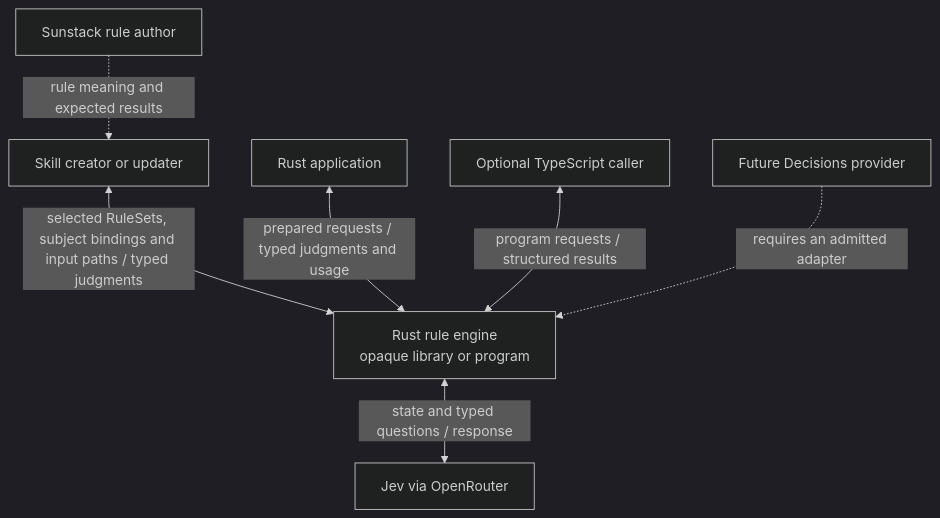
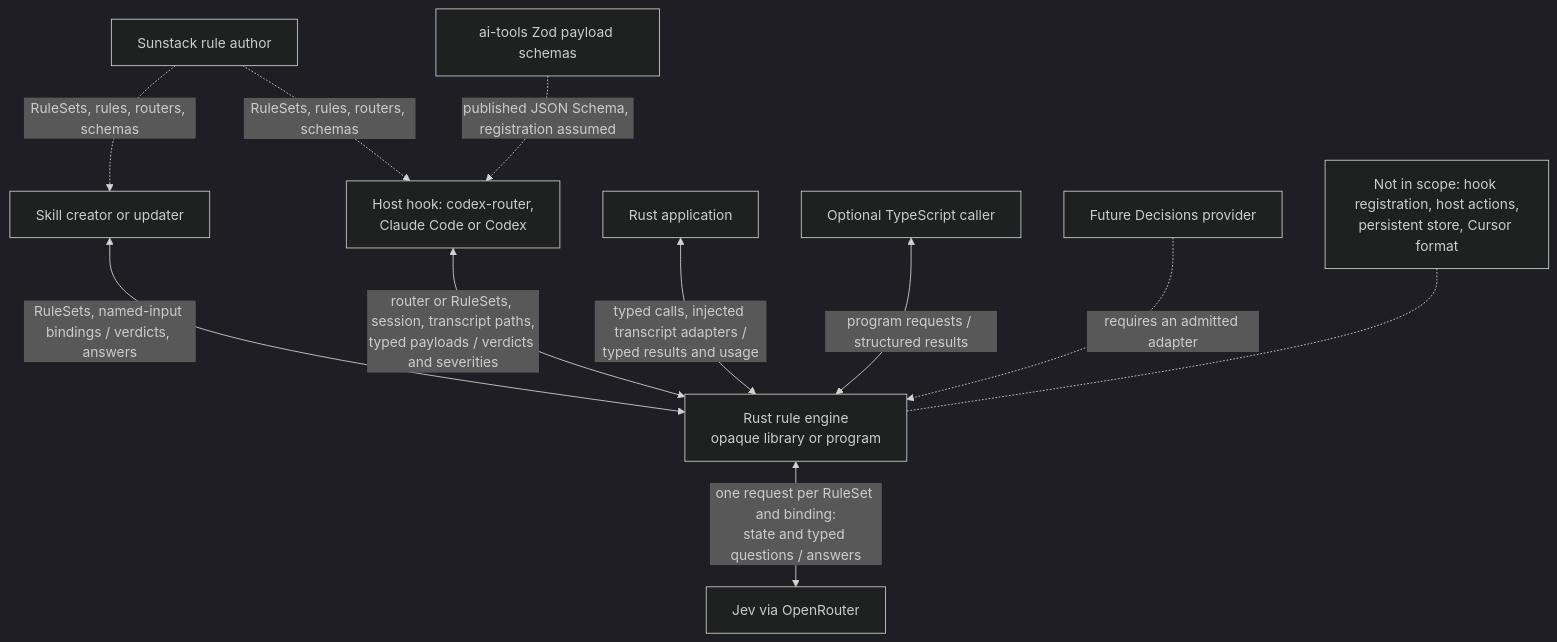
One commit to ShravanSunder/sunstack-tools changed the diagram in docs/specs/2026-10-12-rust-rule-engine/assets/specification-context.mmd. Above: the diagram before and after it, drawn with Mermaid (dark theme). The commit also changed 9 other files, not shown here.

```diff
--- a/docs/specs/2026-10-12-rust-rule-engine/assets/specification-context.mmd
+++ b/docs/specs/2026-10-12-rust-rule-engine/assets/specification-context.mmd
@@ -1,7 +1,11 @@
 flowchart TB
-  A["Skill creator or updater"] <-->|"selected RuleSets, subject bindings and input paths / typed judgments"| E["Rust rule engine<br/>opaque library or program"]
-  R["Rust application"] <-->|"prepared requests / typed judgments and usage"| E
+  A["Skill creator or updater"] <-->|"RuleSets, named-input bindings / verdicts, answers"| E["Rust rule engine<br/>opaque library or program"]
+  H["Host hook: codex-router,<br/>Claude Code or Codex"] <-->|"router or RuleSets, session, transcript paths,<br/>typed payloads / verdicts and severities"| E
+  R["Rust application"] <-->|"typed calls, injected transcript adapters /<br/>typed results and usage"| E
   T["Optional TypeScript caller"] <-->|"program requests / structured results"| E
-  E <-->|"state and typed questions / response"| J["Jev via OpenRouter"]
-  S["Sunstack rule author"] -.->|"rule meaning and expected results"| A
+  E <-->|"one request per RuleSet and binding:<br/>state and typed questions / answers"| J["Jev via OpenRouter"]
+  S["Sunstack rule author"] -.->|"RuleSets, rules, routers, schemas"| A
+  S -.->|"RuleSets, rules, routers, schemas"| H
+  Z["ai-tools Zod payload schemas"] -.->|"published JSON Schema, registration assumed"| H
   F["Future Decisions provider"] -.->|"requires an admitted adapter"| E
+  N["Not in scope: hook registration, host actions,<br/>persistent store, Cursor format"] -.- E
```
